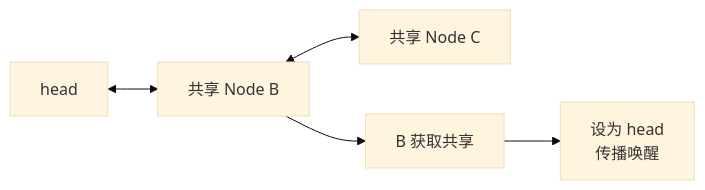
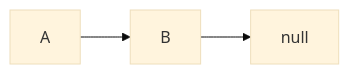
The diagram in images/Java-concurrency/IMG-20260707-000126.mmd (rebibabo/rebibabo.github.io), drawn with Mermaid (base theme) before and after one commit. The commit also changed 472 other files, not shown here.

```diff
--- a/images/Java-concurrency/IMG-20260707-000126.mmd
+++ b/images/Java-concurrency/IMG-20260707-000126.mmd
@@ -1,3 +1,2 @@
 graph LR
-    Head["head"] <--> B["共享 Node B"] <--> C["共享 Node C"]
-    B --> BAcq["B 获取共享"] --> Set["设为 head<br>传播唤醒"]
+    A1["A"] --> B1["B"] --> null1["null"]
```
